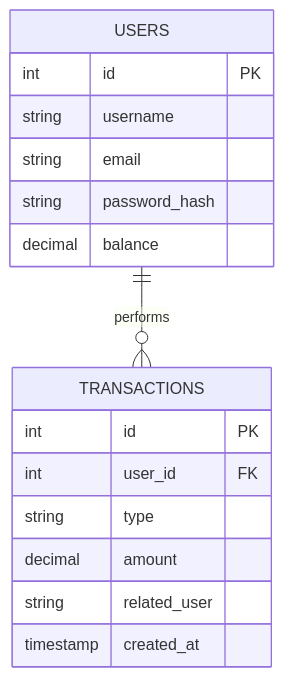
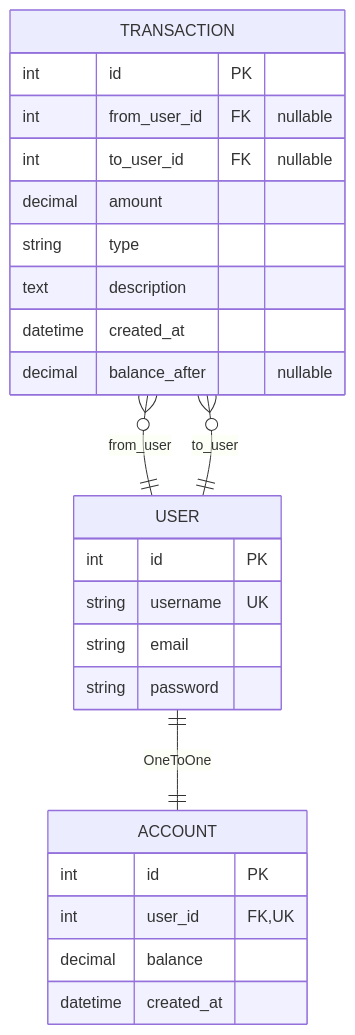
One commit to anibalrojosan/proggy-wallet changed the diagram in docs/DATABASE.md. Above: the diagram before and after it, drawn with Mermaid. The commit also changed other lines of this file and 2 other files, not shown here.

First line of the commit message:
docs: align DATABASE, MODULES, and FLOWS with Phase 3 (#56)

````diff
--- a/docs/DATABASE.md
+++ b/docs/DATABASE.md
@@ -7,21 +9,31 @@
 ```mermaid
 erDiagram
-    USERS ||--o{ TRANSACTIONS : "performs"
-    
-    USERS {
+    USER ||--|| ACCOUNT : "OneToOne"
+    "TRANSACTION" }o--|| USER : "from_user"
+    "TRANSACTION" }o--|| USER : "to_user"
+
+    USER {
         int id PK
-        string username
+        string username UK
         string email
-        string password_hash
-        decimal balance
+        string password
     }
 
-    TRANSACTIONS {
+    ACCOUNT {
         int id PK
-        int user_id FK
+        int user_id FK, UK
+        decimal balance
+        datetime created_at
+    }
+
+    "TRANSACTION" {
+        int id PK
+        int from_user_id FK "nullable"
+        int to_user_id FK "nullable"
+        decimal amount
         string type
-        decimal amount
-        string related_user
-        timestamp created_at
+        text description
+        datetime created_at
+        decimal balance_after "nullable"
     }
 ```
````
